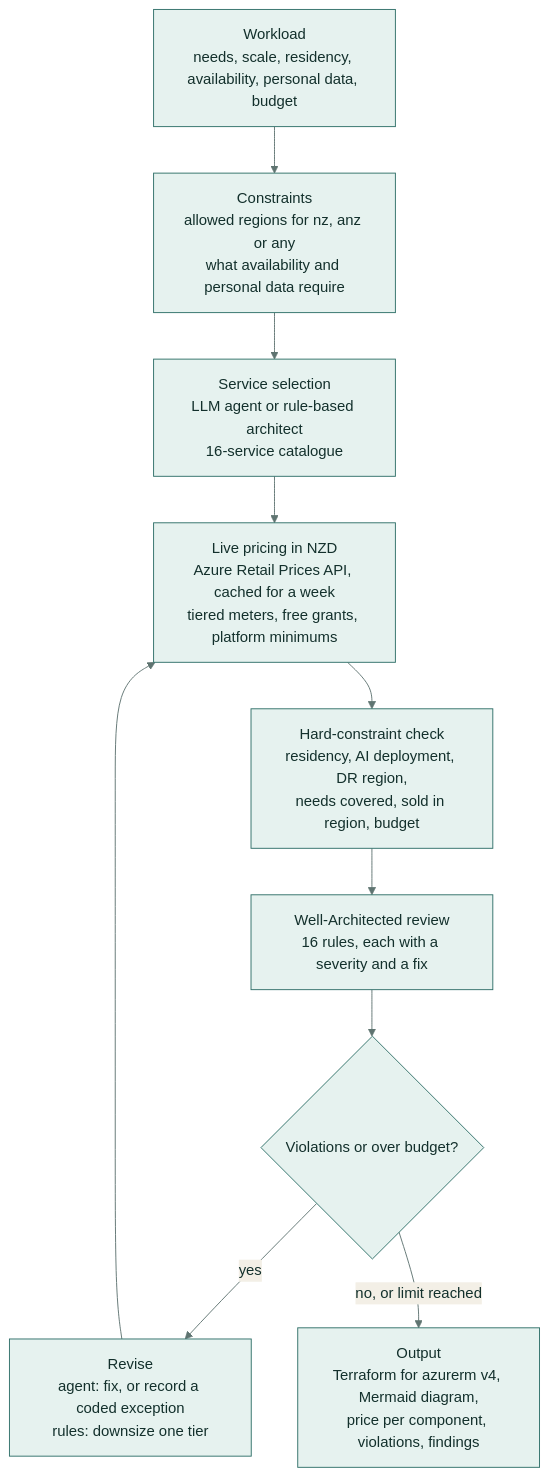
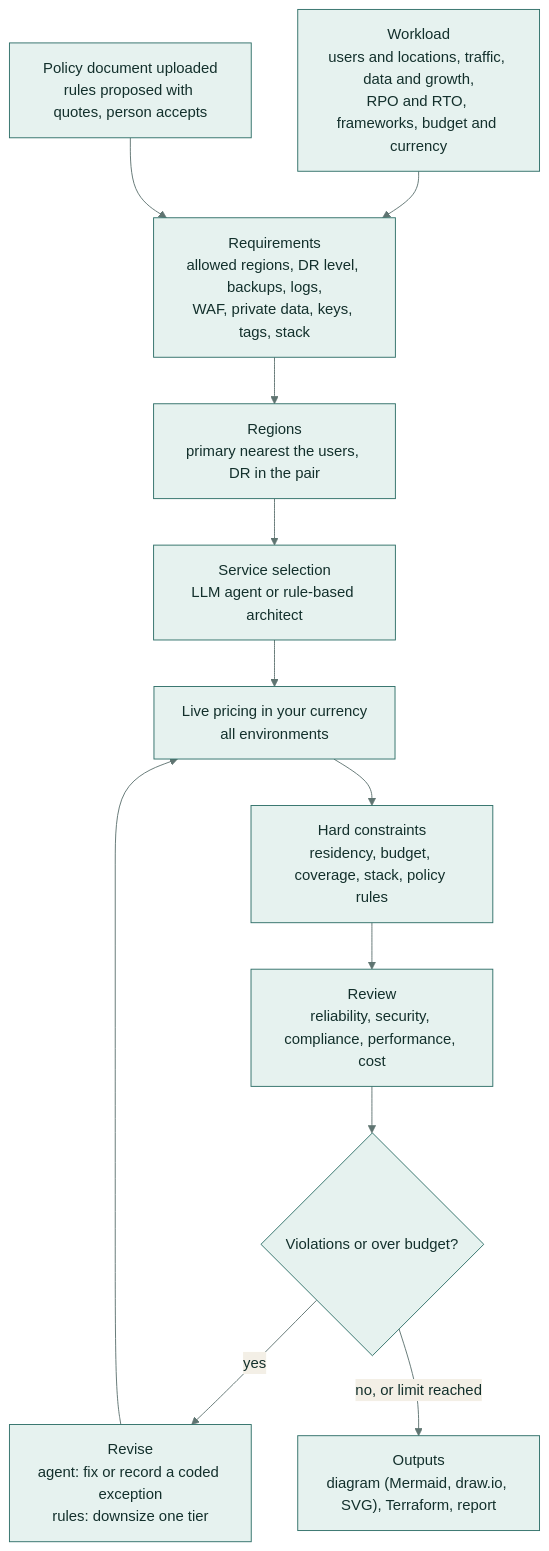
One commit to samiulhuda360/cloud-architect-agent changed the second of 3 diagrams in README.md. Above: the diagram before and after it, drawn with Mermaid. The commit also changed other lines of this file and 16 other files, not shown here.

Commit message:
README and architecture reference, with screenshots and a demo GIF

````diff
--- a/README.md
+++ b/README.md
@@ -175,16 +170,20 @@
 ```mermaid
 %%{init: {"theme": "base", "themeVariables": {"primaryColor": "#e6f2ef", "primaryBorderColor": "#2f6f68", "primaryTextColor": "#13302c", "lineColor": "#5f7471", "secondaryColor": "#f3efe6", "tertiaryColor": "#f7f8f6"}}}%%
 flowchart TD
-  A["Workload<br/>needs, scale, residency, availability, personal data, budget"]
-  B["Constraints<br/>allowed regions for nz, anz or any<br/>what availability and personal data require"]
-  C["Service selection<br/>LLM agent or rule-based architect<br/>16-service catalogue"]
-  D["Live pricing in NZD<br/>Azure Retail Prices API, cached for a week<br/>tiered meters, free grants, platform minimums"]
-  E["Hard-constraint check<br/>residency, AI deployment, DR region,<br/>needs covered, sold in region, budget"]
-  F["Well-Architected review<br/>16 rules, each with a severity and a fix"]
-  G{"Violations or over budget?"}
-  R["Revise<br/>agent: fix, or record a coded exception<br/>rules: downsize one tier"]
-  H["Output<br/>Terraform for azurerm v4, Mermaid diagram,<br/>price per component, violations, findings"]
-  A --> B --> C --> D --> E --> F --> G
-  G -- "yes" --> R --> D
-  G -- "no, or limit reached" --> H
+  A["Workload<br/>users and locations, traffic, data and growth,<br/>RPO and RTO, frameworks, budget and currency"]
+  P["Policy document uploaded<br/>rules proposed with quotes, person accepts"]
+  B["Requirements<br/>allowed regions, DR level, backups, logs,<br/>WAF, private data, keys, tags, stack"]
+  C["Regions<br/>primary nearest the users, DR in the pair"]
+  D["Service selection<br/>LLM agent or rule-based architect"]
+  E["Live pricing in your currency<br/>all environments"]
+  F["Hard constraints<br/>residency, budget, coverage, stack, policy rules"]
+  G["Review<br/>reliability, security, compliance, performance, cost"]
+  H{"Violations or over budget?"}
+  R["Revise<br/>agent: fix or record a coded exception<br/>rules: downsize one tier"]
+  O["Outputs<br/>diagram (Mermaid, draw.io, SVG), Terraform, report"]
+  A --> B
+  P --> B
+  B --> C --> D --> E --> F --> G --> H
+  H -- "yes" --> R --> E
+  H -- "no, or limit reached" --> O
 ```
````
